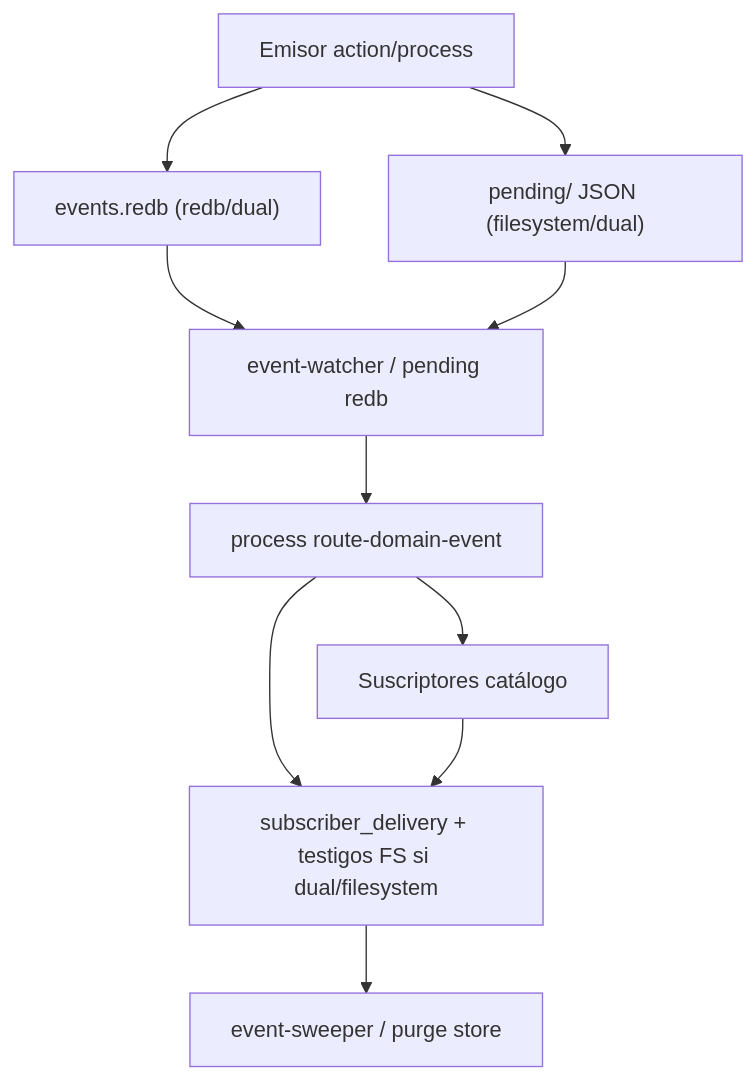
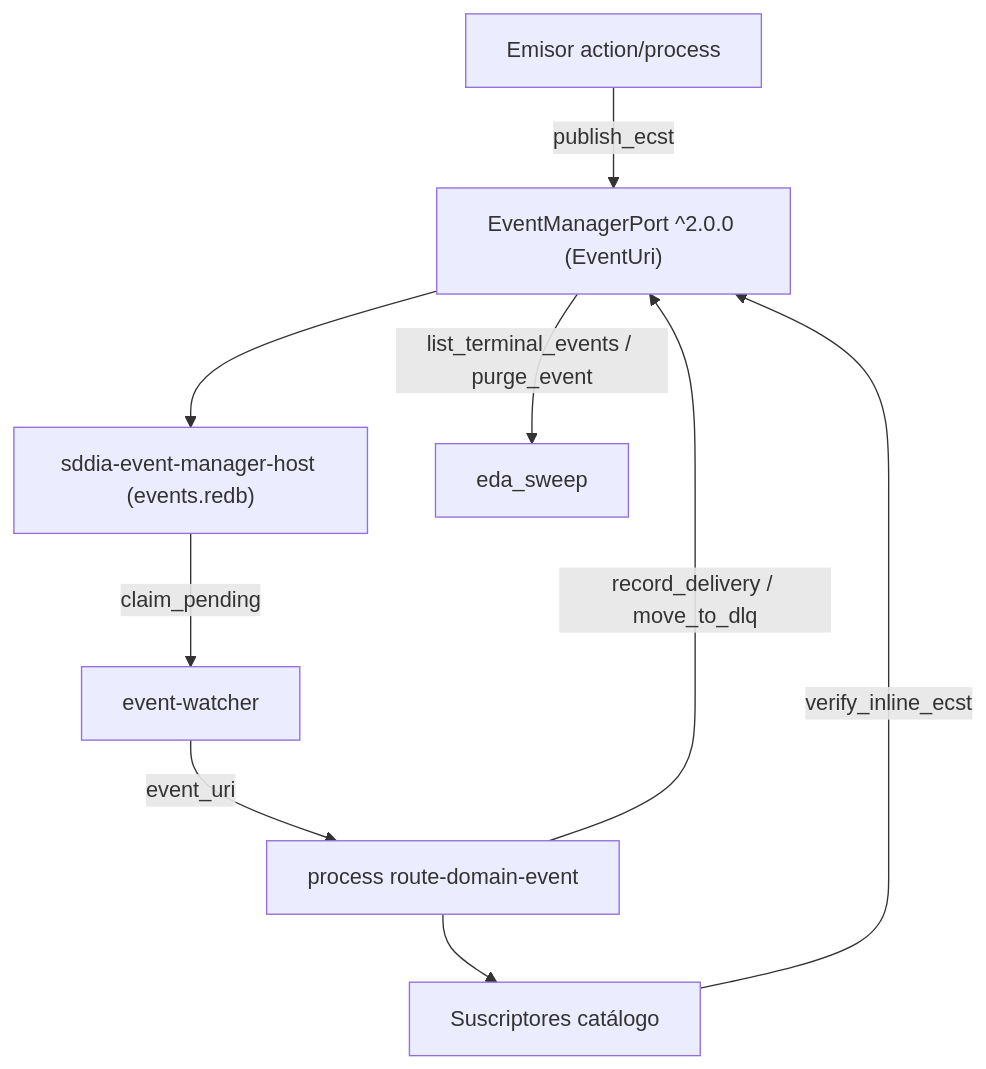
One commit to racso80es/SddIA changed the diagram in SddIA/events/events-contract.md. Above: the diagram before and after it, drawn with Mermaid. The commit also changed other lines of this file and 22 other files, not shown here.

Commit message:
fix(man-51): cerrar punto ciego gate-event-manager-port y erradicar residuos .events

````diff
--- a/SddIA/events/events-contract.md
+++ b/SddIA/events/events-contract.md
@@ -82,12 +82,11 @@
 ```mermaid
 flowchart TB
-  EM[Emisor action/process] --> STORE["events.redb (redb/dual)"]
-  EM --> P["pending/ JSON (filesystem/dual)"]
-  STORE --> W[event-watcher / pending redb]
-  P --> W
-  W --> RDE[process route-domain-event]
-  RDE --> DEL["subscriber_delivery + testigos FS si dual/filesystem"]
+  EM[Emisor action/process] -->|publish_ecst| PORT["EventManagerPort ^2.0.0 (EventUri)"]
+  PORT --> STORE["sddia-event-manager-host (events.redb)"]
+  STORE -->|claim_pending| W[event-watcher]
+  W -->|event_uri| RDE[process route-domain-event]
+  RDE -->|record_delivery / move_to_dlq| PORT
   RDE --> SUB[Suscriptores catálogo]
-  SUB --> DEL
-  DEL --> SW[event-sweeper / purge store]
+  SUB -->|verify_inline_ecst| PORT
+  PORT -->|list_terminal_events / purge_event| SW[eda_sweep]
 ```
````
